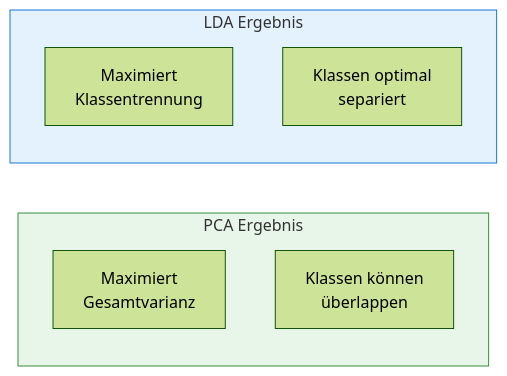
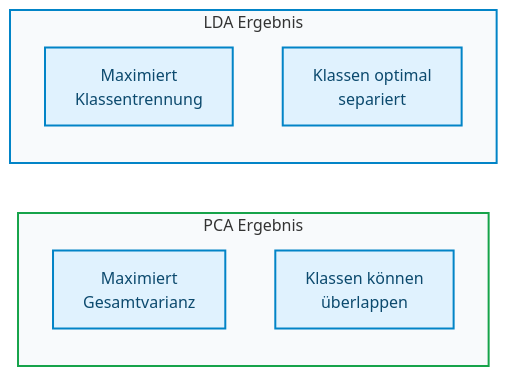
One commit to ralf-42/ML_Intro changed the fourth of 5 diagrams in docs/concepts/modeling/pca-lda.md. Above: the diagram before and after it, drawn with Mermaid (forest theme). The commit also changed other lines of this file and 67 other files, not shown here.

````diff
--- a/docs/concepts/modeling/pca-lda.md
+++ b/docs/concepts/modeling/pca-lda.md
@@ -174,17 +181,18 @@
 ```mermaid
 flowchart LR
     subgraph pca_result["PCA Ergebnis"]
         direction TB
         P1["Maximiert<br/>Gesamtvarianz"]
         P2["Klassen können<br/>überlappen"]
     end
     
     subgraph lda_result["LDA Ergebnis"]
         direction TB
         L1["Maximiert<br/>Klassentrennung"]
         L2["Klassen optimal<br/>separiert"]
     end
-    
-    style pca_result fill:#e8f5e9,stroke:#388e3c
-    style lda_result fill:#e3f2fd,stroke:#1976d2
+
+    classDef default fill:#e0f2fe,stroke:#0284c7,stroke-width:2px,color:#0c4a6e;
+    style pca_result fill:#f8fafc,stroke:#16a34a,stroke-width:2px
+    style lda_result fill:#f8fafc,stroke:#0284c7,stroke-width:2px
 ```
````
